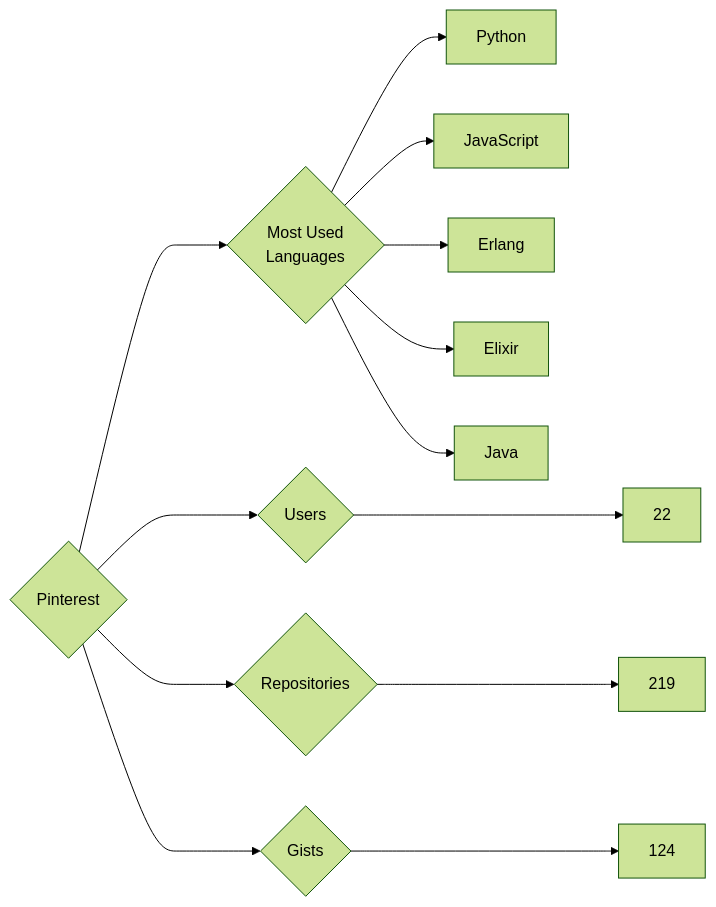
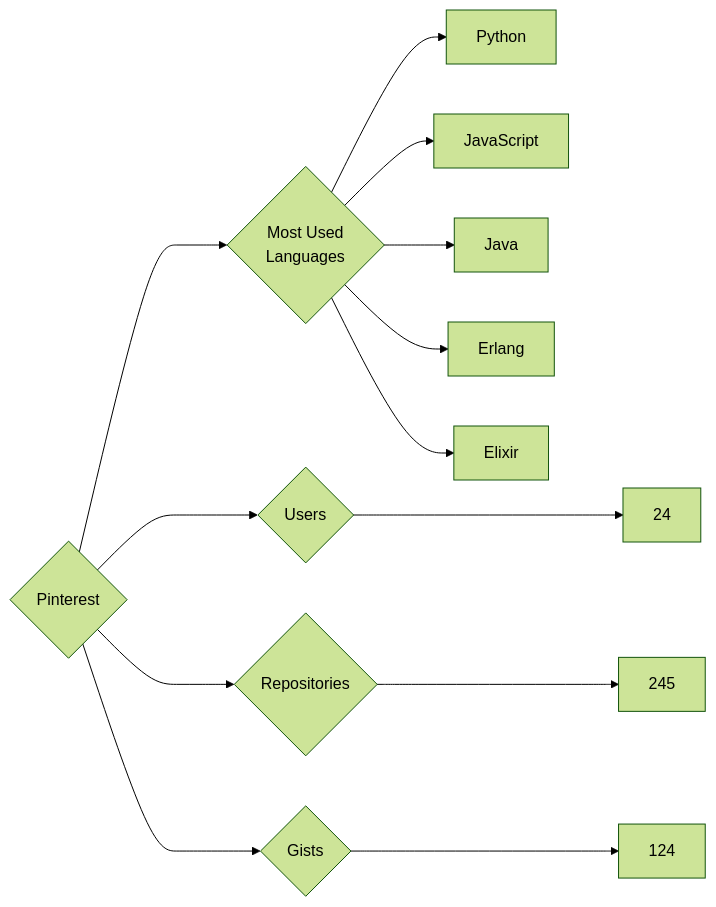
Before and after one commit to trickest/insiders: the diagram in targets/Pinterest/README.md, drawn with Mermaid (forest theme). The commit also changed 886 other files, not shown here.

````diff
--- a/targets/Pinterest/README.md
+++ b/targets/Pinterest/README.md
@@ -3,13 +3,13 @@
 ```mermaid
 graph LR
 COMPANY_NAME{Pinterest}
-COMPANY_NAME ---> U{Users} ---> UN[22]
-COMPANY_NAME ---> R{Repositories} ---> RN[219]
+COMPANY_NAME ---> U{Users} ---> UN[24]
+COMPANY_NAME ---> R{Repositories} ---> RN[245]
 COMPANY_NAME ---> G{Gists} ---> GN[124]
 COMPANY_NAME ---> ML{Most Used<br>Languages}
 ML --> Python[Python]
 ML --> JavaScript[JavaScript]
+ML --> Java[Java]
 ML --> Erlang[Erlang]
 ML --> Elixir[Elixir]
-ML --> Java[Java]
 ```
````
